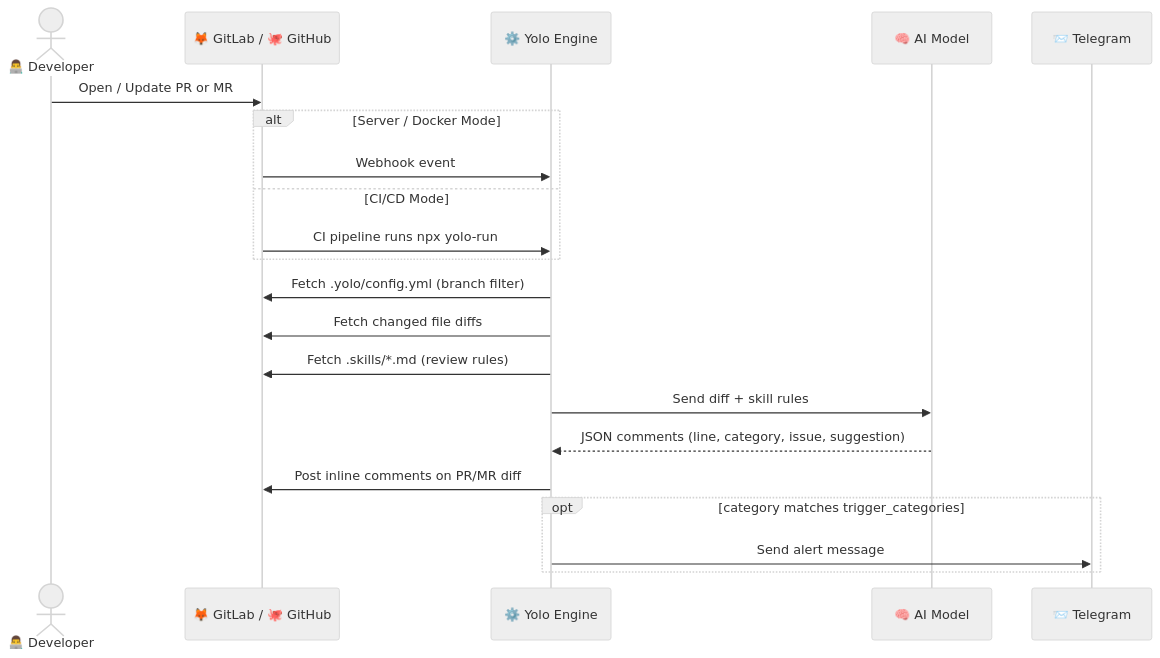
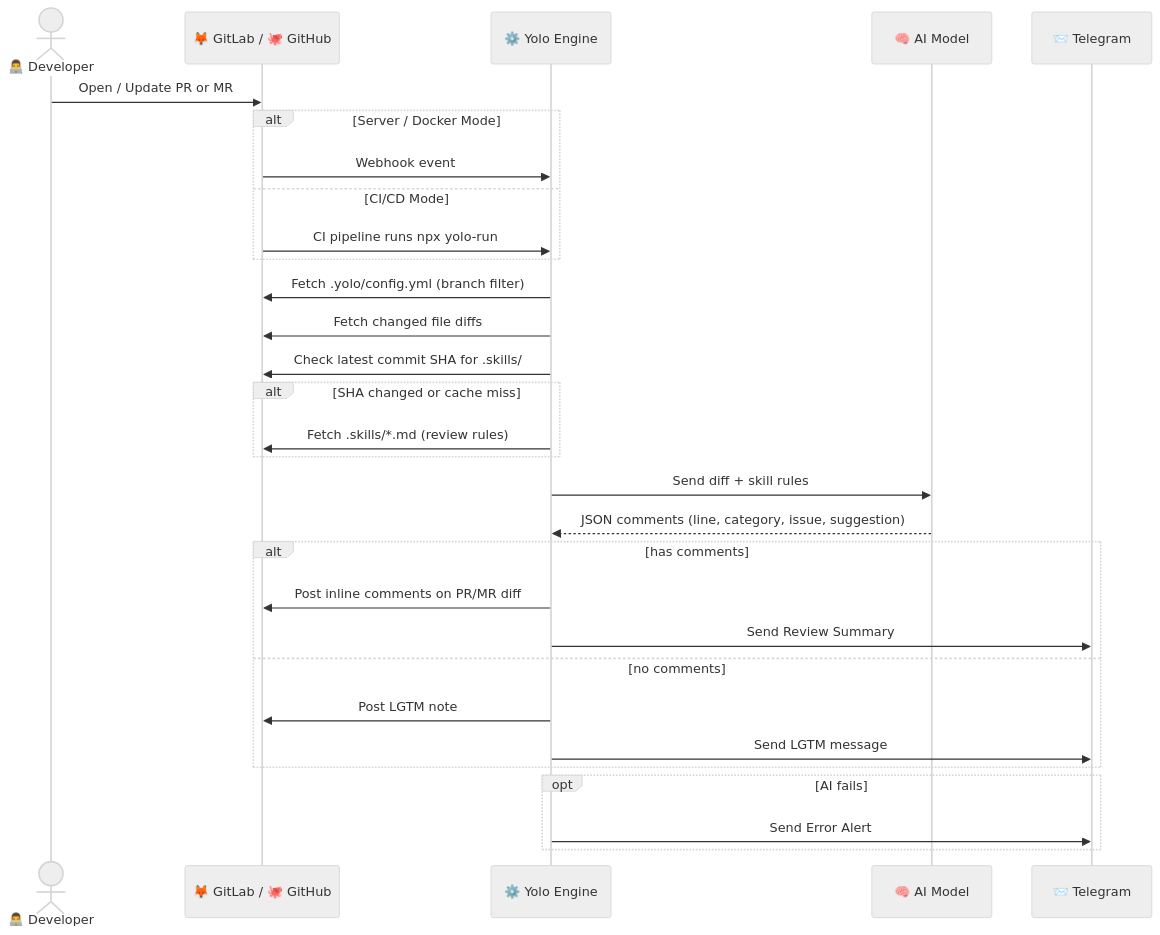
The diagram in README.md (akhfasarrofi/yolo-reviewer), drawn with Mermaid (neutral theme) before and after one commit. The commit also changed other lines of this file and 4 other files, not shown here.

````diff
--- a/README.md
+++ b/README.md
@@ -26,29 +30,39 @@
 ```mermaid
 sequenceDiagram
     actor Dev as 👨‍💻 Developer
     participant GL as 🦊 GitLab / 🐙 GitHub
     participant Yolo as ⚙️ Yolo Engine
     participant AI as 🧠 AI Model
     participant TG as 📨 Telegram
 
     Dev->>GL: Open / Update PR or MR
 
     alt Server / Docker Mode
         GL->>Yolo: Webhook event
     else CI/CD Mode
         GL->>Yolo: CI pipeline runs npx yolo-run
     end
 
     Yolo->>GL: Fetch .yolo/config.yml (branch filter)
     Yolo->>GL: Fetch changed file diffs
-    Yolo->>GL: Fetch .skills/*.md (review rules)
+    
+    Yolo->>GL: Check latest commit SHA for .skills/
+    alt SHA changed or cache miss
+        Yolo->>GL: Fetch .skills/*.md (review rules)
+    end
 
     Yolo->>AI: Send diff + skill rules
     AI-->>Yolo: JSON comments (line, category, issue, suggestion)
 
-    Yolo->>GL: Post inline comments on PR/MR diff
+    alt has comments
+        Yolo->>GL: Post inline comments on PR/MR diff
+        Yolo->>TG: Send Review Summary
+    else no comments
+        Yolo->>GL: Post LGTM note
+        Yolo->>TG: Send LGTM message
+    end
 
-    opt category matches trigger_categories
-        Yolo->>TG: Send alert message
+    opt AI fails
+        Yolo->>TG: Send Error Alert
     end
 ```
````
